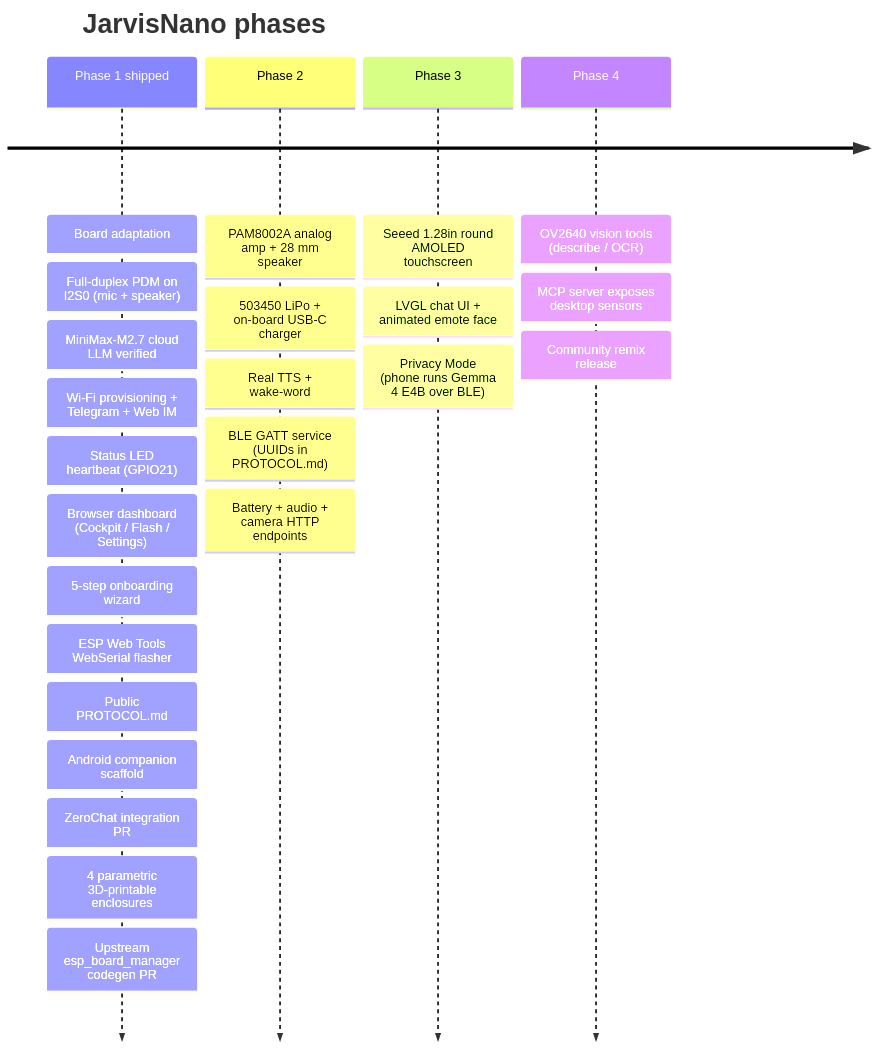
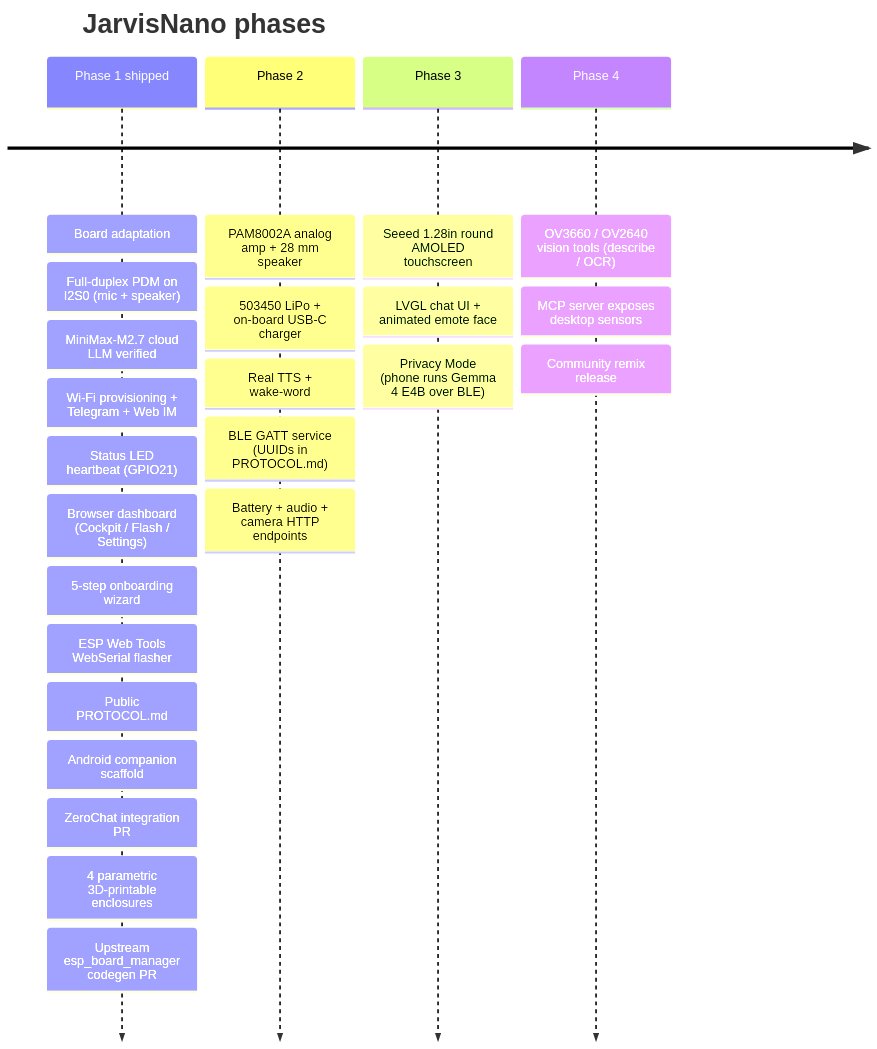
The second of 2 diagrams in README.md (PascalAI2024/JarvisNano), drawn with Mermaid before and after one commit. The commit also changed other lines of this file and 3 other files, not shown here.

````diff
--- a/README.md
+++ b/README.md
@@ -214,28 +215,28 @@
 ```mermaid
 timeline
     title JarvisNano phases
     Phase 1 shipped : Board adaptation
                     : Full-duplex PDM on I2S0 (mic + speaker)
                     : MiniMax-M2.7 cloud LLM verified
                     : Wi-Fi provisioning + Telegram + Web IM
                     : Status LED heartbeat (GPIO21)
                     : Browser dashboard (Cockpit / Flash / Settings)
                     : 5-step onboarding wizard
                     : ESP Web Tools WebSerial flasher
                     : Public PROTOCOL.md
                     : Android companion scaffold
                     : ZeroChat integration PR
                     : 4 parametric 3D-printable enclosures
                     : Upstream esp_board_manager codegen PR
     Phase 2         : PAM8002A analog amp + 28 mm speaker
                     : 503450 LiPo + on-board USB-C charger
                     : Real TTS + wake-word
                     : BLE GATT service (UUIDs in PROTOCOL.md)
                     : Battery + audio + camera HTTP endpoints
     Phase 3         : Seeed 1.28in round AMOLED touchscreen
                     : LVGL chat UI + animated emote face
                     : Privacy Mode (phone runs Gemma 4 E4B over BLE)
-    Phase 4         : OV2640 vision tools (describe / OCR)
+    Phase 4         : OV3660 / OV2640 vision tools (describe / OCR)
                     : MCP server exposes desktop sensors
                     : Community remix release
 ```
````
